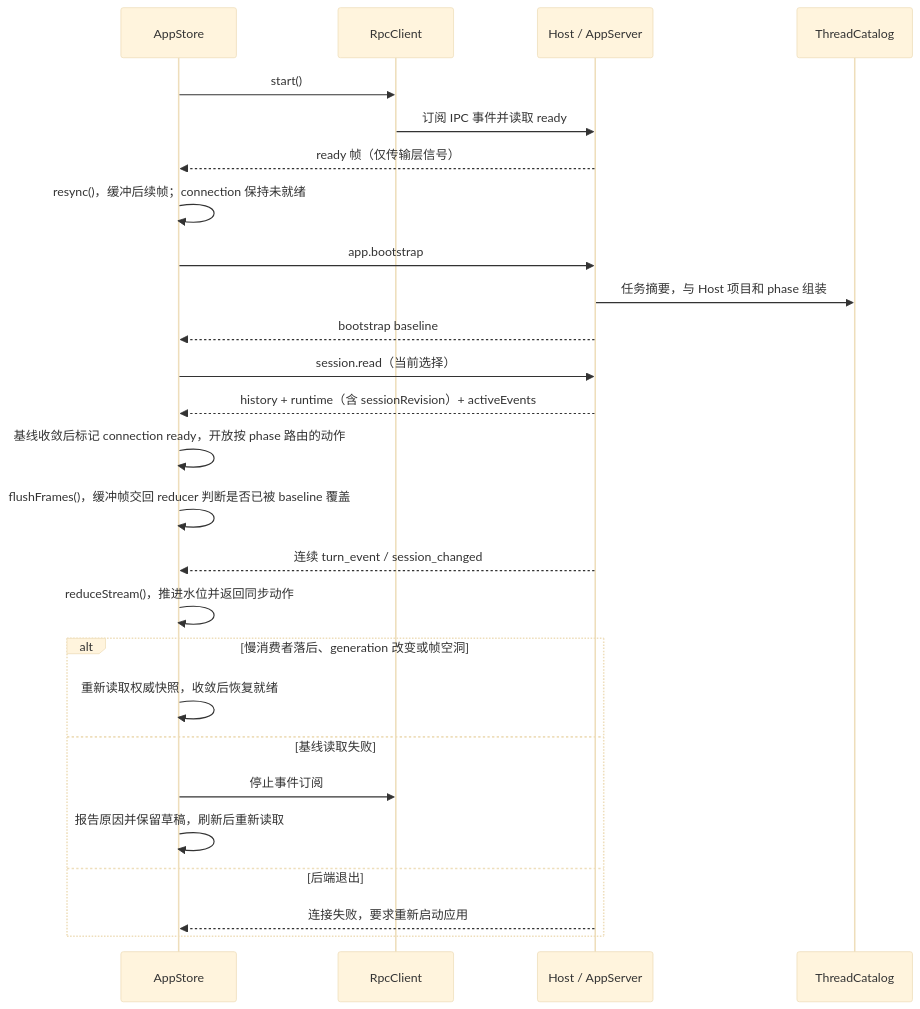
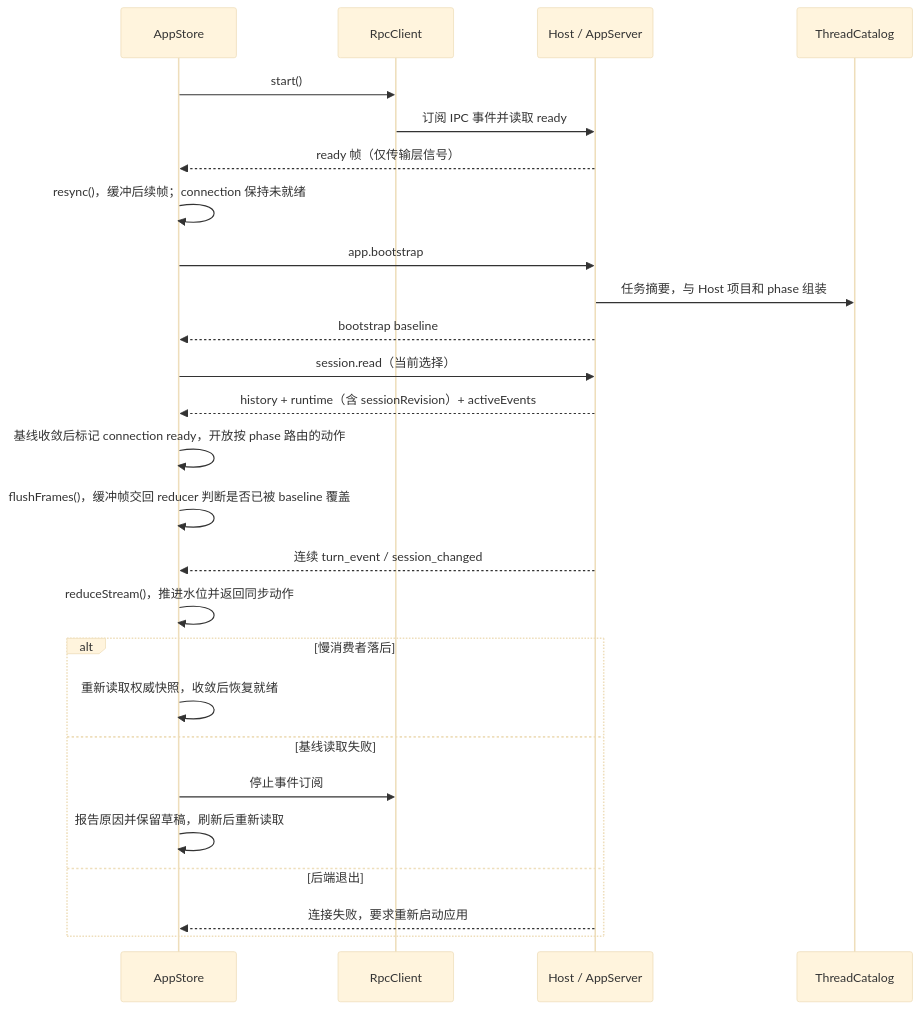
The tenth of 29 diagrams in docs/architecture.md (qjcnmd/singularity-agent), drawn with Mermaid (base theme) before and after one commit. The commit also changed other lines of this file and 137 other files, not shown here.

````diff
--- a/docs/architecture.md
+++ b/docs/architecture.md
@@ -267,28 +267,28 @@
 ```mermaid
 sequenceDiagram
     participant View as AppStore
     participant Conn as RpcClient
     participant Host as Host / AppServer
     participant Catalog as ThreadCatalog
     View->>Conn: start()
     Conn->>Host: 订阅 IPC 事件并读取 ready
     Host-->>View: ready 帧（仅传输层信号）
     View->>View: resync()，缓冲后续帧；connection 保持未就绪
     View->>Host: app.bootstrap
     Host->>Catalog: 任务摘要，与 Host 项目和 phase 组装
     Host-->>View: bootstrap baseline
     View->>Host: session.read（当前选择）
     Host-->>View: history + runtime（含 sessionRevision）+ activeEvents
     View->>View: 基线收敛后标记 connection ready，开放按 phase 路由的动作
     View->>View: flushFrames()，缓冲帧交回 reducer 判断是否已被 baseline 覆盖
     Host-->>View: 连续 turn_event / session_changed
     View->>View: reduceStream()，推进水位并返回同步动作
-    alt 慢消费者落后、generation 改变或帧空洞
+    alt 慢消费者落后
         View->>View: 重新读取权威快照，收敛后恢复就绪
     else 基线读取失败
         View->>Conn: 停止事件订阅
         View->>View: 报告原因并保留草稿，刷新后重新读取
     else 后端退出
         Host-->>View: 连接失败，要求重新启动应用
     end
 ```
````
